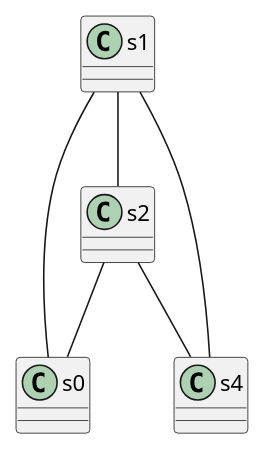
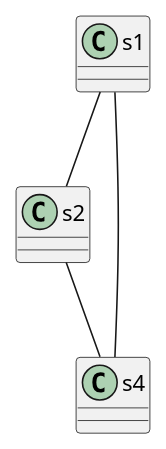
Before and after one commit to billymontolalu/thesis: the diagram in src/parkiran/c.puml, drawn with PlantUML. The commit also changed 4 other files, not shown here.

```diff
--- a/src/parkiran/c.puml
+++ b/src/parkiran/c.puml
@@ -1,7 +1,5 @@
 @startuml
-s1 -- s0
 s1 -- s2
 s4 -- s1
 s2 -- s4
-s2 -- s0
 @enduml
```
